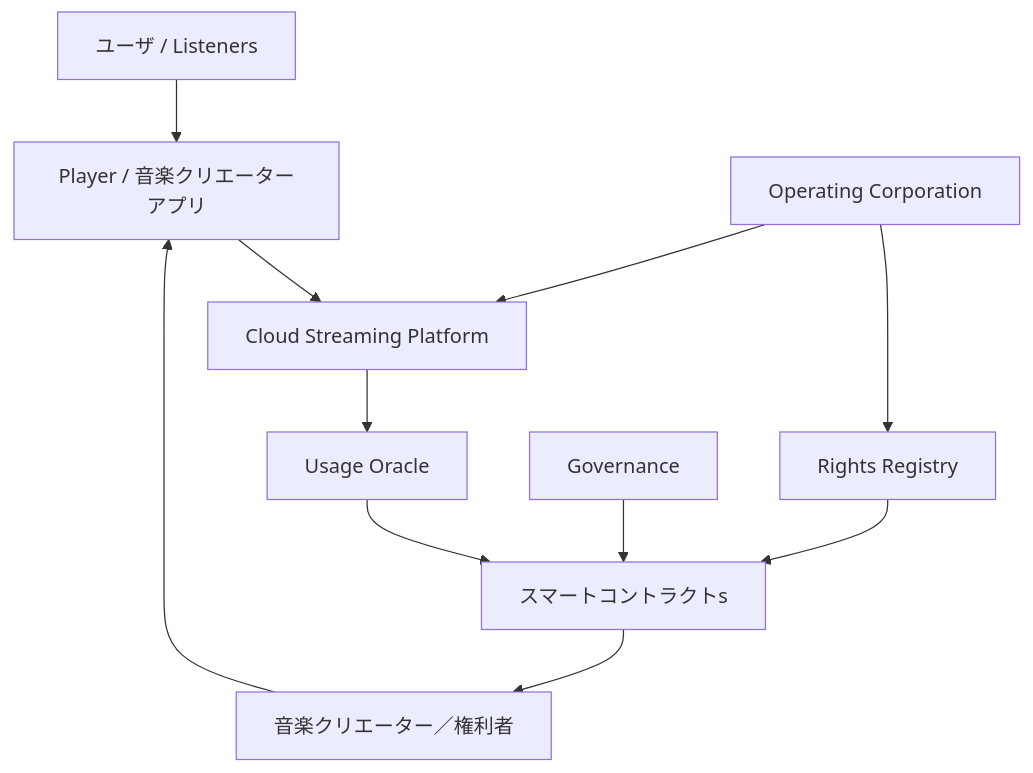
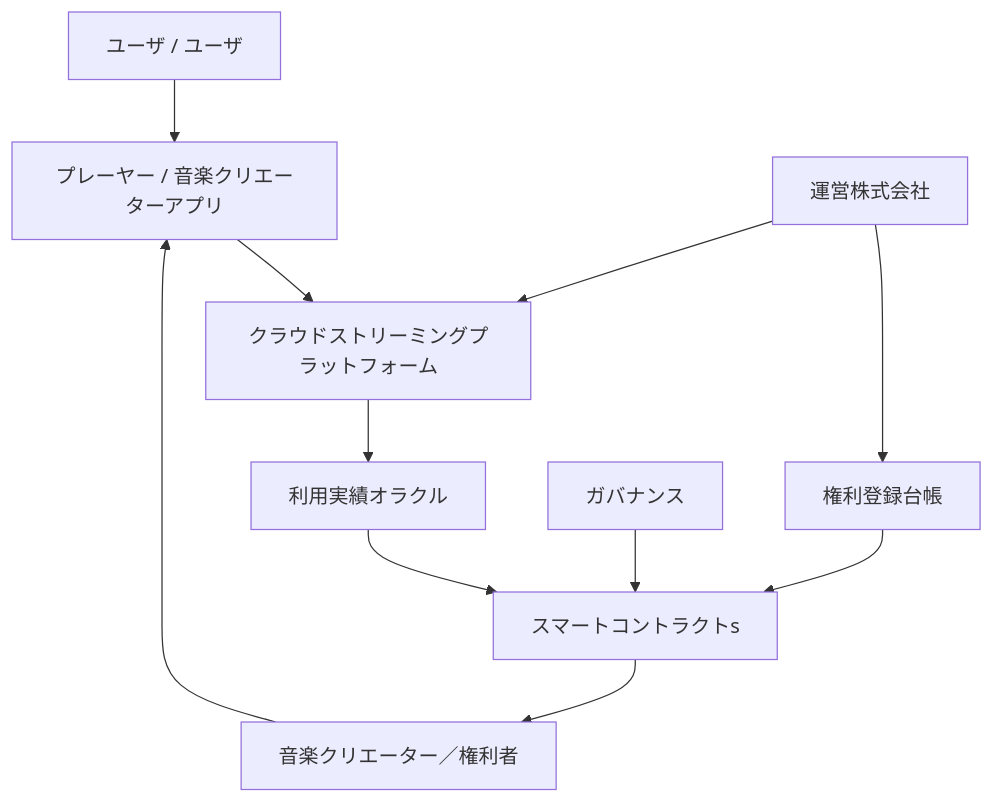
Before and after one commit to ShigeichiroYamasaki/creator-first-platform: the first of 27 diagrams in docs/whitepaper/04-platform-architecture.md, drawn with Mermaid. The commit also changed other lines of this file and 72 other files, not shown here.

````diff
--- a/docs/whitepaper/04-platform-architecture.md
+++ b/docs/whitepaper/04-platform-architecture.md
@@ -32,26 +32,26 @@
 ```mermaid
 flowchart TD
-    USER[ユーザ / Listeners]
+    USER[ユーザ / ユーザ]
     CREATOR[音楽クリエーター／権利者]
-    APP[Player / 音楽クリエーターアプリ]
-    CLOUD[Cloud Streaming Platform]
-    ORACLE[Usage Oracle]
-    RIGHTS[Rights Registry]
-    GOV[Governance]
+    APP[プレーヤー / 音楽クリエーターアプリ]
+    CLOUD[クラウドストリーミングプラットフォーム]
+    ORACLE[利用実績オラクル]
+    RIGHTS[権利登録台帳]
+    GOV[ガバナンス]
     SC[スマートコントラクトs]
-    CORP[Operating Corporation]
+    CORP[運営株式会社]
 
     USER --> APP
     CREATOR --> APP
 
     APP --> CLOUD
     CLOUD --> ORACLE
 
     CORP --> RIGHTS
     RIGHTS --> SC
     ORACLE --> SC
     GOV --> SC
 
     SC --> CREATOR
     CORP --> CLOUD
 ```
````
